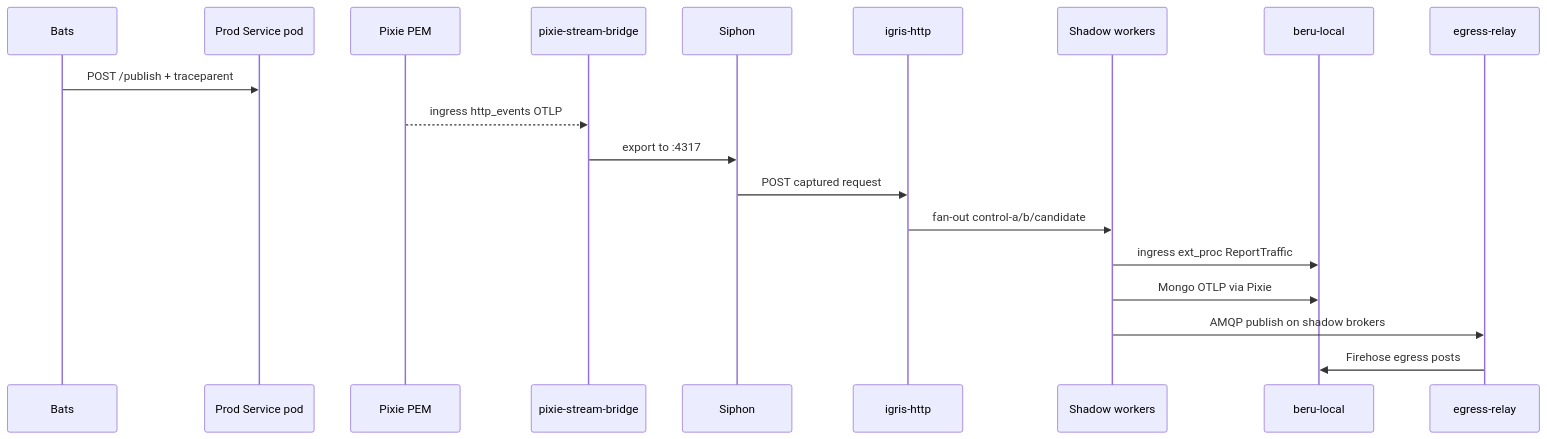
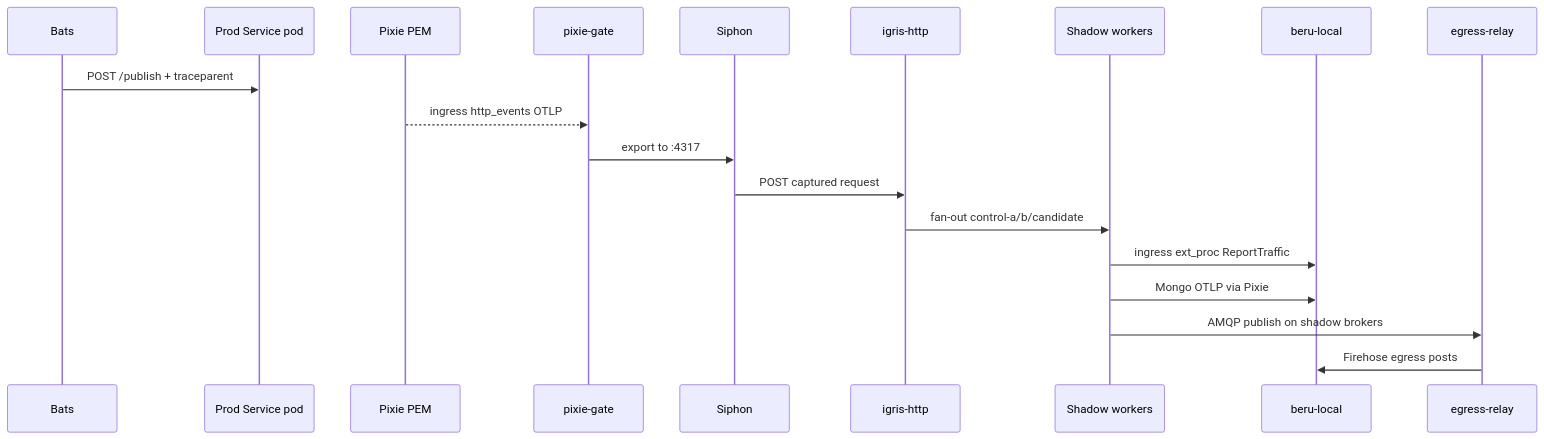
Before and after one commit to nederrgo/shadow-diff: the second of 2 diagrams in docs/verification/http-ingress-e2e-flow.md, drawn with Mermaid. The commit also changed 83 other files, not shown here.

Commit message:
pixie-gate

````diff
--- a/docs/verification/http-ingress-e2e-flow.md
+++ b/docs/verification/http-ingress-e2e-flow.md
@@ -74,22 +74,22 @@
 ```mermaid
 sequenceDiagram
   participant Test as Bats
   participant Prod as Prod Service pod
   participant Pixie as Pixie PEM
-  participant Bridge as pixie-stream-bridge
+  participant Bridge as pixie-gate
   participant Siphon as Siphon
   participant Igris as igris-http
   participant Shadow as Shadow workers
   participant Beru as beru-local
   participant Relay as egress-relay
 
   Test->>Prod: POST /publish + traceparent
   Pixie-->>Bridge: ingress http_events OTLP
   Bridge->>Siphon: export to :4317
   Siphon->>Igris: POST captured request
   Igris->>Shadow: fan-out control-a/b/candidate
   Shadow->>Beru: ingress ext_proc ReportTraffic
   Shadow->>Beru: Mongo OTLP via Pixie
   Shadow->>Relay: AMQP publish on shadow brokers
   Relay->>Beru: Firehose egress posts
 ```
````
